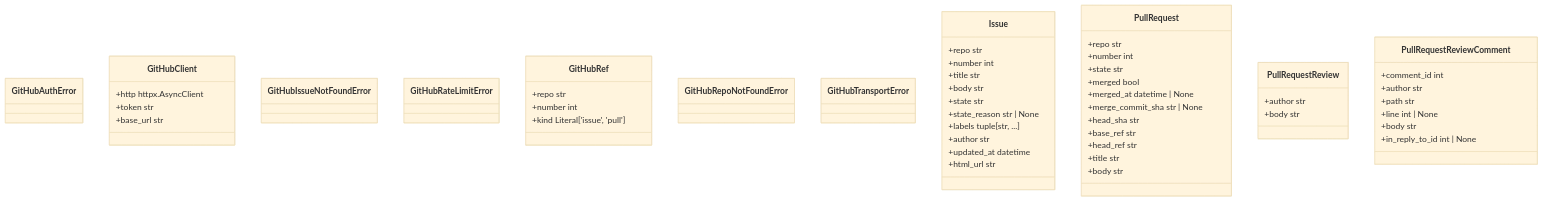
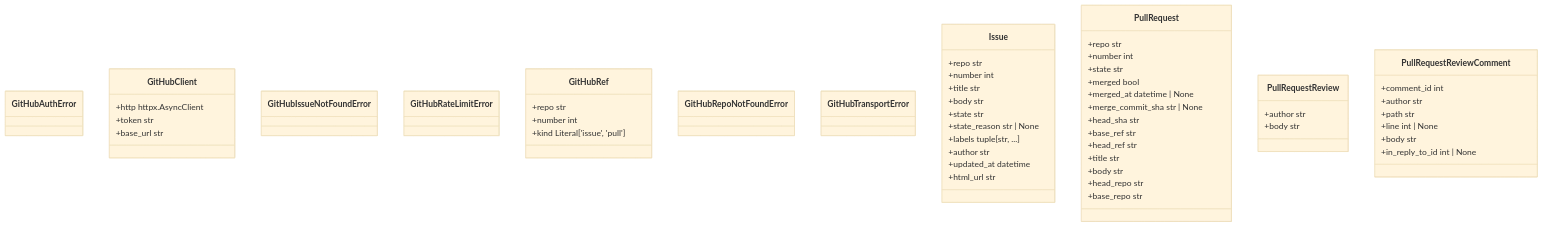
One commit to agent-lore/lithos-loom changed the first of 3 diagrams in docs/generated/domain_model.md. Above: the diagram before and after it, drawn with Mermaid (base theme). The commit also changed 14 other files, not shown here.

````diff
--- a/docs/generated/domain_model.md
+++ b/docs/generated/domain_model.md
@@ -8,55 +8,57 @@
 ```mermaid
 classDiagram
   class GitHubAuthError
   class GitHubClient {
     +http httpx.AsyncClient
     +token str
     +base_url str
   }
   class GitHubIssueNotFoundError
   class GitHubRateLimitError
   class GitHubRef {
     +repo str
     +number int
     +kind Literal['issue', 'pull']
   }
   class GitHubRepoNotFoundError
   class GitHubTransportError
   class Issue {
     +repo str
     +number int
     +title str
     +body str
     +state str
     +state_reason str | None
     +labels tuple[str, ...]
     +author str
     +updated_at datetime
     +html_url str
   }
   class PullRequest {
     +repo str
     +number int
     +state str
     +merged bool
     +merged_at datetime | None
     +merge_commit_sha str | None
     +head_sha str
     +base_ref str
     +head_ref str
     +title str
     +body str
+    +head_repo str
+    +base_repo str
   }
   class PullRequestReview {
     +author str
     +body str
   }
   class PullRequestReviewComment {
     +comment_id int
     +author str
     +path str
     +line int | None
     +body str
     +in_reply_to_id int | None
   }
 ```
````
